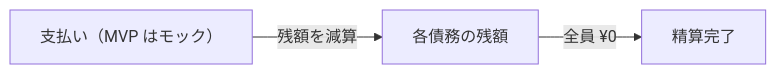
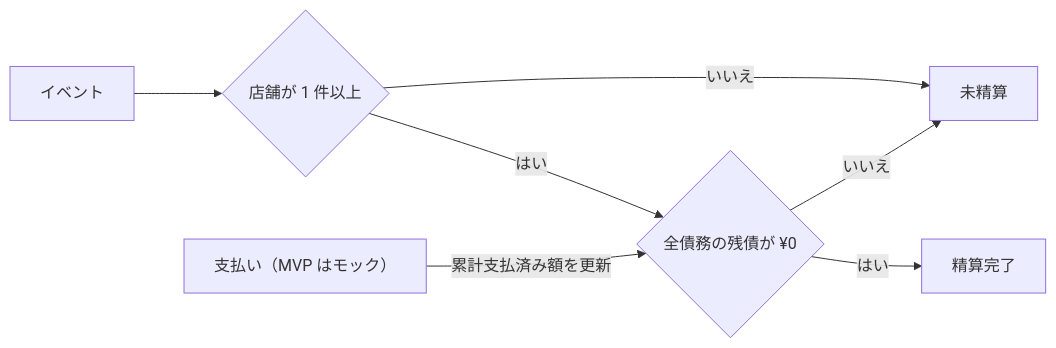
Before and after one commit to katsudon08/kanjo-kun: the fifth of 5 diagrams in docs/domain.md, drawn with Mermaid. The commit also changed other lines of this file and 1 other file, not shown here.

````diff
--- a/docs/domain.md
+++ b/docs/domain.md
@@ -113,5 +164,9 @@
 ```mermaid
 flowchart LR
-    PAY["支払い（MVP はモック）"] -->|残額を減算| REM["各債務の残額"]
-    REM -->|全員 ¥0| DONE["精算完了"]
+    EVENT["イベント"] --> HAS_STORE{"店舗が 1 件以上"}
+    HAS_STORE -->|いいえ| NOT_DONE["未精算"]
+    HAS_STORE -->|はい| ALL_ZERO{"全債務の残債が ¥0"}
+    PAY["支払い（MVP はモック）"] -->|累計支払済み額を更新| ALL_ZERO
+    ALL_ZERO -->|いいえ| NOT_DONE
+    ALL_ZERO -->|はい| DONE["精算完了"]
 ```
````
